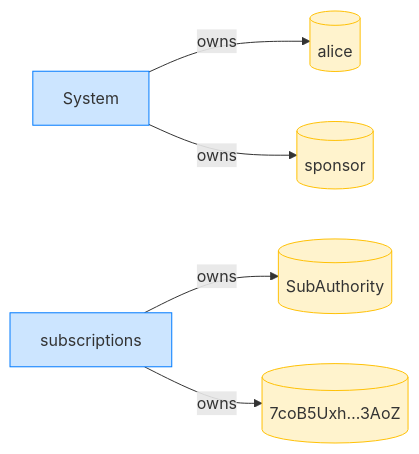
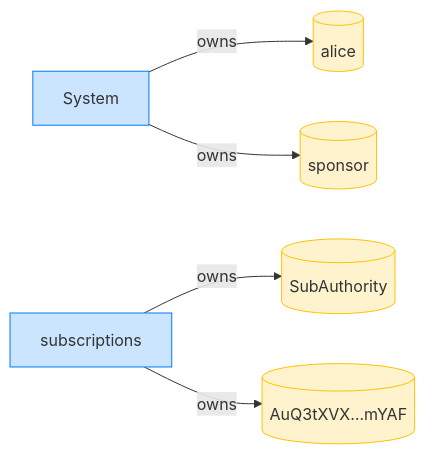
One commit to cds-rs/subscriptions changed the eighth of 8 diagrams in dsl_tests/a-sponsor-cannot-revoke-a-no-expiry-delegation.md. Above: the diagram before and after it, drawn with Mermaid. The commit also changed other lines of this file and 224 other files, not shown here.

````diff
--- a/dsl_tests/a-sponsor-cannot-revoke-a-no-expiry-delegation.md
+++ b/dsl_tests/a-sponsor-cannot-revoke-a-no-expiry-delegation.md
@@ -150,15 +158,15 @@
 ```mermaid
 flowchart LR
     classDef owner fill:#cce5ff,stroke:#007bff;
     classDef account fill:#fff3cd,stroke:#ffc107;
     System[System]:::owner
     alice[(alice)]:::account
     subscriptions[subscriptions]:::owner
     SubAuthority[(SubAuthority)]:::account
-    7coB5Uxh_3AoZ[("7coB5Uxh…3AoZ")]:::account
+    AuQ3tXVX_mYAF[("AuQ3tXVX…mYAF")]:::account
     sponsor[(sponsor)]:::account
     System -->|owns| alice
     subscriptions -->|owns| SubAuthority
-    subscriptions -->|owns| 7coB5Uxh_3AoZ
+    subscriptions -->|owns| AuQ3tXVX_mYAF
     System -->|owns| sponsor
 ```
````
